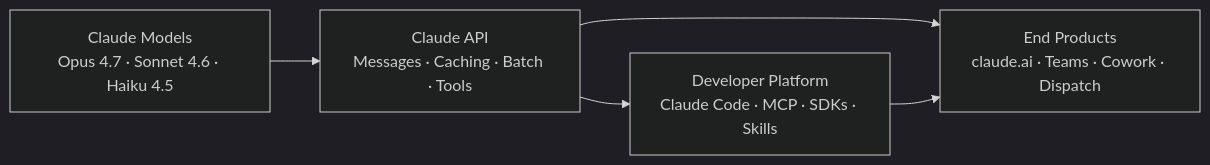
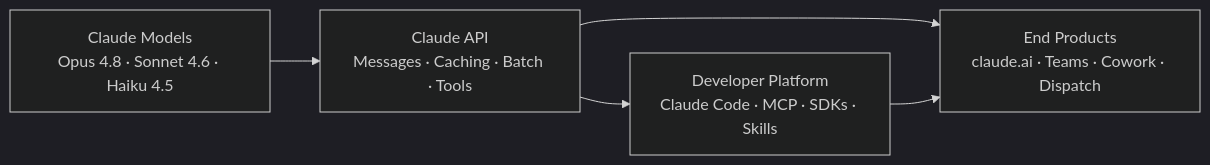
One commit to shubhamag91/ai-playbook changed the diagram in src/content/docs/claude/index.mdx. Above: the diagram before and after it, drawn with Mermaid (dark theme). The commit also changed other lines of this file and 9 other files, not shown here.

````diff
--- a/src/content/docs/claude/index.mdx
+++ b/src/content/docs/claude/index.mdx
@@ -29,7 +29,7 @@
 ```mermaid
 flowchart LR
-    A["Claude Models\nOpus 4.7 · Sonnet 4.6 · Haiku 4.5"] --> B["Claude API\nMessages · Caching · Batch · Tools"]
+    A["Claude Models\nOpus 4.8 · Sonnet 4.6 · Haiku 4.5"] --> B["Claude API\nMessages · Caching · Batch · Tools"]
     B --> C["Developer Platform\nClaude Code · MCP · SDKs · Skills"]
     B --> D["End Products\nclaude.ai · Teams · Cowork · Dispatch"]
     C --> D
 ```
````
